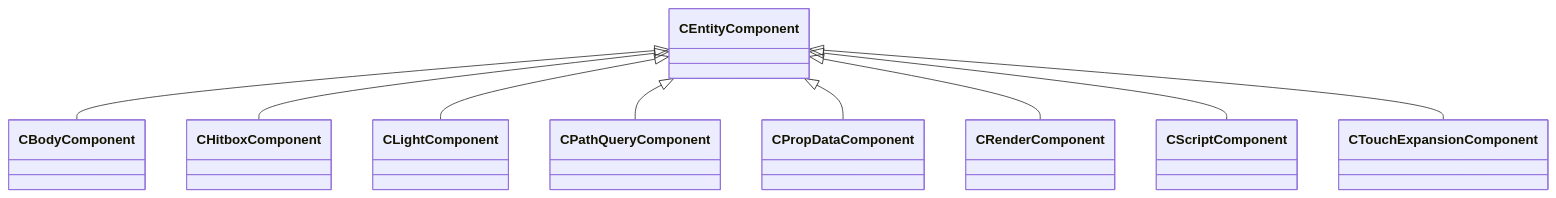
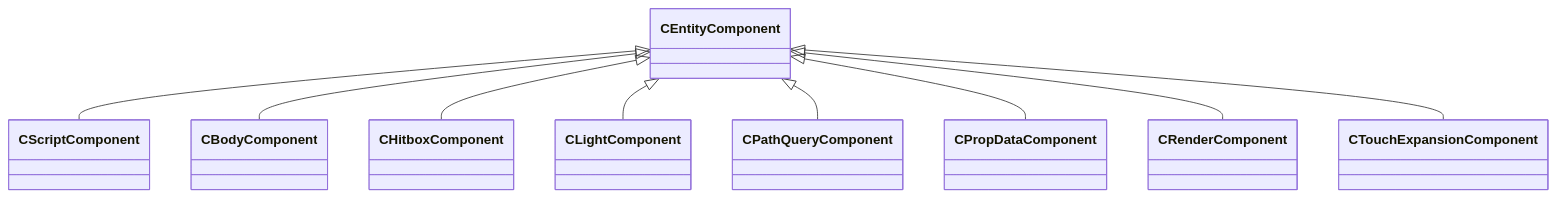
One commit to CS2OpenDev/CS2OpenDev-Docs changed the first of 8 diagrams in docs/generated/schemas/entity2.md. Above: the diagram before and after it, drawn with Mermaid. The commit also changed other lines of this file and 106 other files, not shown here.

First line of the commit message:
docs: complete migration to SchemaTracker as sole upstream

````diff
--- a/docs/generated/schemas/entity2.md
+++ b/docs/generated/schemas/entity2.md
@@ -27,11 +50,11 @@
 ```mermaid
 classDiagram
+    CEntityComponent <|-- CScriptComponent
     CEntityComponent <|-- CBodyComponent
     CEntityComponent <|-- CHitboxComponent
     CEntityComponent <|-- CLightComponent
     CEntityComponent <|-- CPathQueryComponent
     CEntityComponent <|-- CPropDataComponent
     CEntityComponent <|-- CRenderComponent
-    CEntityComponent <|-- CScriptComponent
     CEntityComponent <|-- CTouchExpansionComponent
 ```
````
